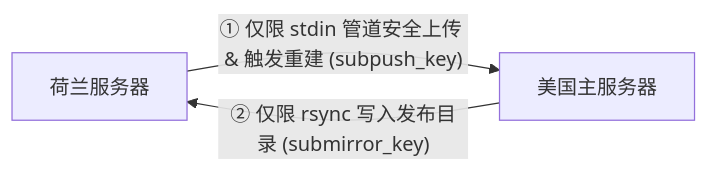
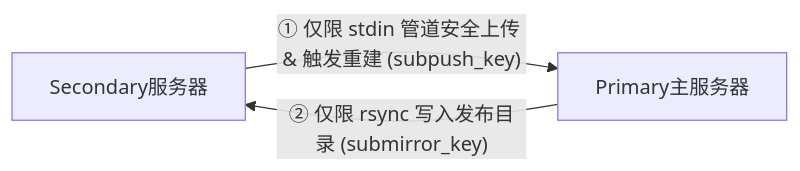
The diagram in docs/ARCHITECTURE.md (lockezhan/Xray-Portal), drawn with Mermaid before and after one commit. The commit also changed other lines of this file and 47 other files, not shown here.

Commit message:
refactor: migrate deployment topology from US/NL to primary/secondary

````diff
--- a/docs/ARCHITECTURE.md
+++ b/docs/ARCHITECTURE.md
@@ -92,5 +92,5 @@
 ```mermaid
 graph LR
-    NL[荷兰服务器] -- "① 仅限 stdin 管道安全上传 & 触发重建 (subpush_key)" --> US[美国主服务器]
-    US -- "② 仅限 rsync 写入发布目录 (submirror_key)" --> NL
+    Secondary[Secondary服务器] -- "① 仅限 stdin 管道安全上传 & 触发重建 (subpush_key)" --> Primary[Primary主服务器]
+    Primary -- "② 仅限 rsync 写入发布目录 (submirror_key)" --> Secondary
 ```
````
